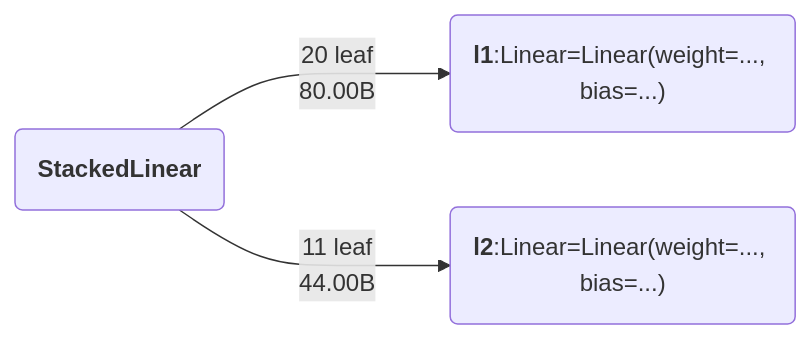
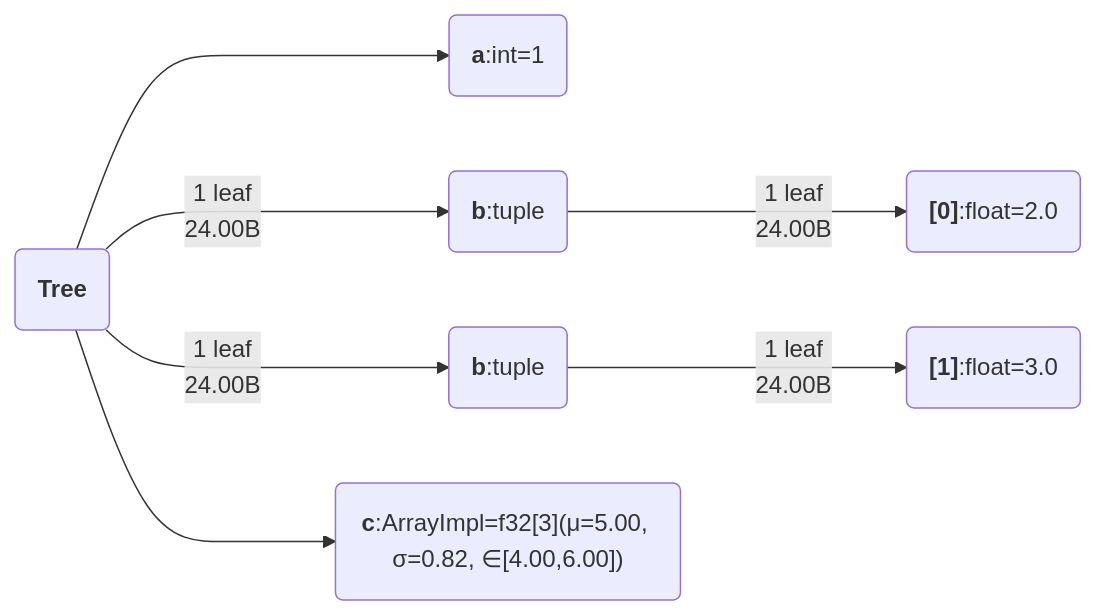
Before and after one commit to ASEM000/pytreeclass: the second of 2 diagrams in README.md, drawn with Mermaid. The commit also changed other lines of this file and 1 other file, not shown here.

````diff
--- a/README.md
+++ b/README.md
@@ -212,6 +207,10 @@
 ```mermaid
 flowchart LR
-    id15696277213149321320(<b>StackedLinear</b>)
-    id15696277213149321320--->|"20 leaf<br>80.00B"|id4205845433746830897("<b>l1</b>:Linear=Linear(weight=..., bias=...)")
-    id15696277213149321320--->|"11 leaf<br>44.00B"|id4682191244783855647("<b>l2</b>:Linear=Linear(weight=..., bias=...)")
+    id15696277213149321320(<b>Tree</b>)
+    id15696277213149321320--->id4205845433746830897("<b>a</b>:int=1")
+    id15696277213149321320--->|"1 leaf<br>24.00B"|id8168961130706115346("<b>b</b>:tuple")
+    id8168961130706115346--->|"1 leaf<br>24.00B"|id2766159651176208202("<b>[0]</b>:float=2.0")
+    id15696277213149321320--->|"1 leaf<br>24.00B"|id12408280303145007954("<b>b</b>:tuple")
+    id12408280303145007954--->|"1 leaf<br>24.00B"|id7897116322308127883("<b>[1]</b>:float=3.0")
+    id15696277213149321320--->id14652085615030570957("<b>c</b>:ArrayImpl=f32[3](μ=5.00, σ=0.82, ∈[4.00,6.00])")
 ```
````
